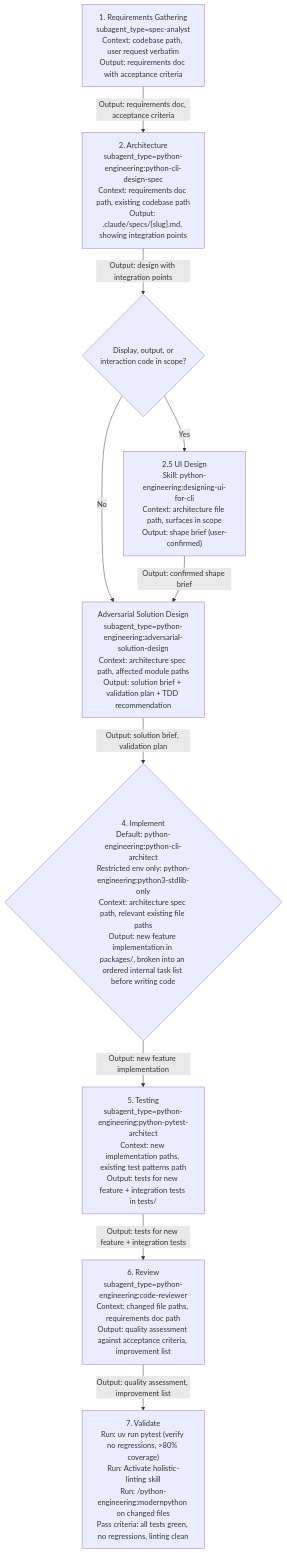
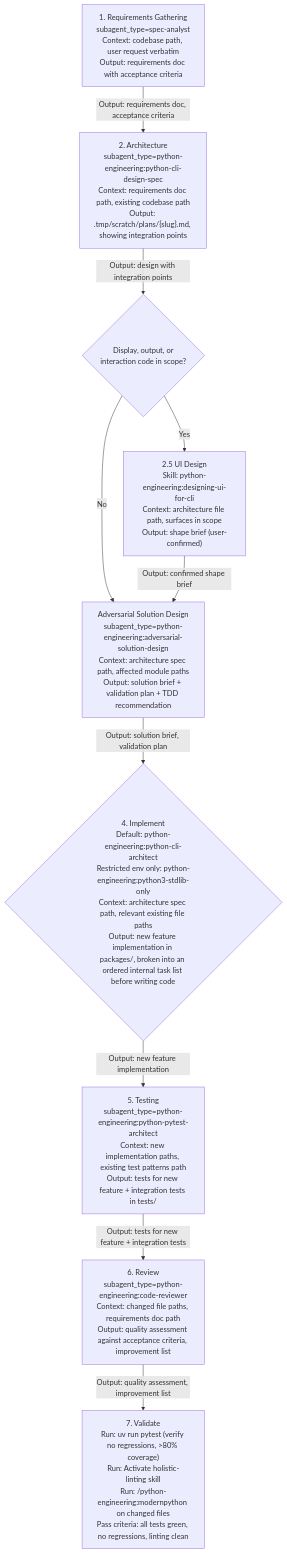
Before and after one commit to Jamie-BitFlight/claude_skills: the second of 6 diagrams in plugins/python-engineering/skills/orchestrating-python-development/SKILL.md, drawn with Mermaid. The commit also changed other lines of this file, not shown here.

Commit message:
fix(python-engineering): align workflow handoff contracts

````diff
--- a/plugins/python-engineering/skills/orchestrating-python-development/SKILL.md
+++ b/plugins/python-engineering/skills/orchestrating-python-development/SKILL.md
@@ -104,21 +104,21 @@
 ```mermaid
 flowchart TD
     S1["1. Requirements Gathering<br>subagent_type=spec-analyst<br>Context: codebase path, user request verbatim<br>Output: requirements doc with acceptance criteria"]
-    S2["2. Architecture<br>subagent_type=python-engineering:python-cli-design-spec<br>Context: requirements doc path, existing codebase path<br>Output: .claude/specs/{slug}.md, showing integration points"]
+    S2["2. Architecture<br>subagent_type=python-engineering:python-cli-design-spec<br>Context: requirements doc path, existing codebase path<br>Output: .tmp/scratch/plans/{slug}.md, showing integration points"]
     S4{"4. Implement<br>Default: python-engineering:python-cli-architect<br>Restricted env only: python-engineering:python3-stdlib-only<br>Context: architecture spec path, relevant existing file paths<br>Output: new feature implementation in packages/, broken into an ordered internal task list before writing code"}
     S5["5. Testing<br>subagent_type=python-engineering:python-pytest-architect<br>Context: new implementation paths, existing test patterns path<br>Output: tests for new feature + integration tests in tests/"]
     S6["6. Review<br>subagent_type=python-engineering:code-reviewer<br>Context: changed file paths, requirements doc path<br>Output: quality assessment against acceptance criteria, improvement list"]
     S7["7. Validate<br>Run: uv run pytest (verify no regressions, >80% coverage)<br>Run: Activate holistic-linting skill<br>Run: /python-engineering:modernpython on changed files<br>Pass criteria: all tests green, no regressions, linting clean"]
     S1 -->|"Output: requirements doc, acceptance criteria"| S2
     S2Q{"Display, output, or<br>interaction code in scope?"}
     S2B["2.5 UI Design<br>Skill: python-engineering:designing-ui-for-cli<br>Context: architecture file path, surfaces in scope<br>Output: shape brief (user-confirmed)"]
     S2 -->|"Output: design with integration points"| S2Q
     S2Q -->|"No"| S_AD2
     S2Q -->|"Yes"| S2B
     S2B -->|"Output: confirmed shape brief"| S_AD2
     S_AD2["Adversarial Solution Design<br>subagent_type=python-engineering:adversarial-solution-design<br>Context: architecture spec path, affected module paths<br>Output: solution brief + validation plan + TDD recommendation"]
     S_AD2 -->|"Output: solution brief, validation plan"| S4
     S4 -->|"Output: new feature implementation"| S5
     S5 -->|"Output: tests for new feature + integration tests"| S6
     S6 -->|"Output: quality assessment, improvement list"| S7
 ```
````
